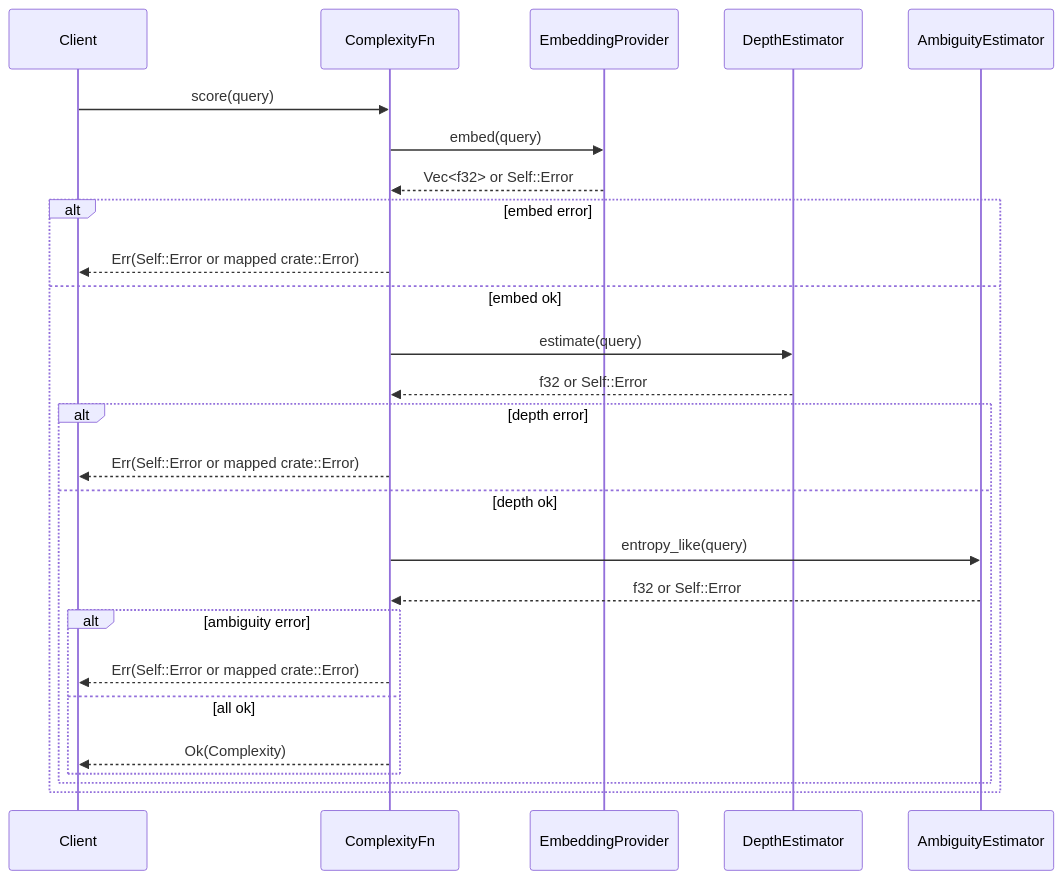
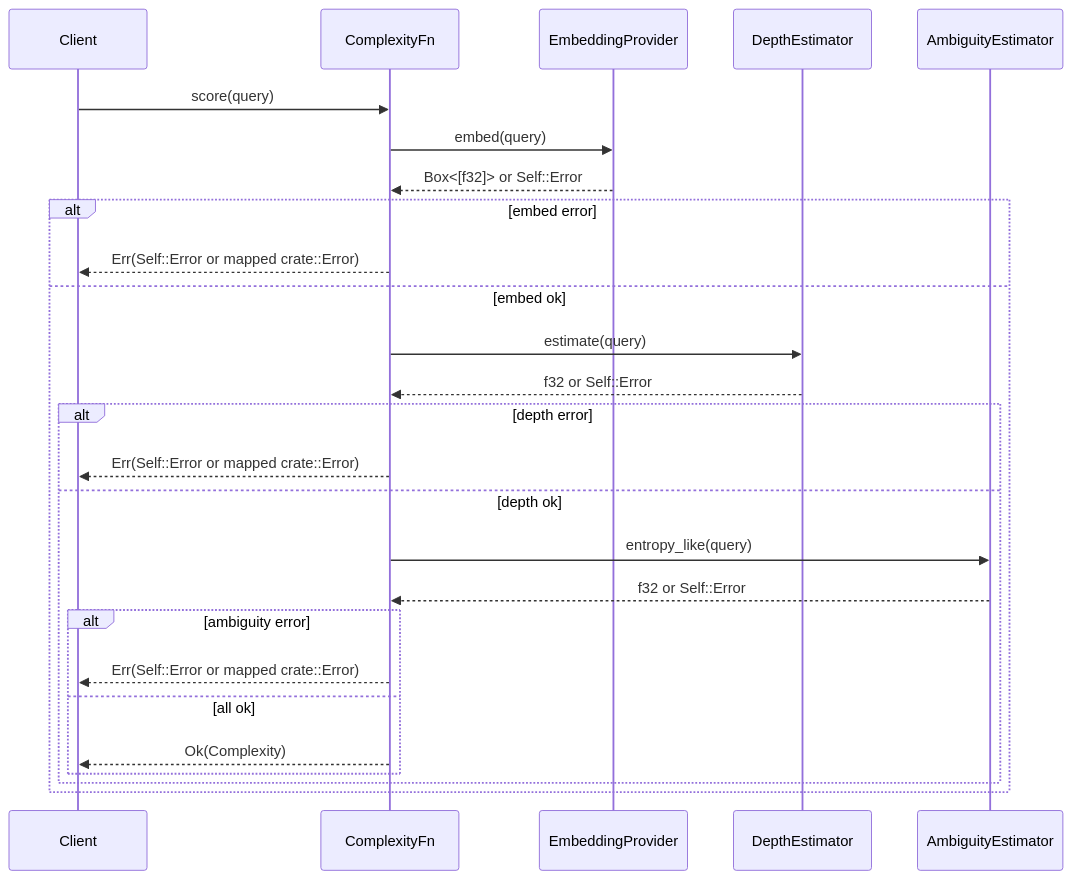
One commit to leynos/lag-complexity changed the diagram in docs/lag-complexity-function-design.md. Above: the diagram before and after it, drawn with Mermaid. The commit also changed other lines of this file and 5 other files, not shown here.

````diff
--- a/docs/lag-complexity-function-design.md
+++ b/docs/lag-complexity-function-design.md
@@ -192,29 +190,29 @@
 ```mermaid
 sequenceDiagram
   participant Client
   participant ComplexityFn
   participant EmbeddingProvider
   participant DepthEstimator
   participant AmbiguityEstimator
 
   Client->>ComplexityFn: score(query)
   ComplexityFn->>EmbeddingProvider: embed(query)
-  EmbeddingProvider-->>ComplexityFn: Vec<f32> or Self::Error
+  EmbeddingProvider-->>ComplexityFn: Box<[f32]> or Self::Error
   alt embed error
     ComplexityFn-->>Client: Err(Self::Error or mapped crate::Error)
   else embed ok
     ComplexityFn->>DepthEstimator: estimate(query)
     DepthEstimator-->>ComplexityFn: f32 or Self::Error
     alt depth error
       ComplexityFn-->>Client: Err(Self::Error or mapped crate::Error)
     else depth ok
       ComplexityFn->>AmbiguityEstimator: entropy_like(query)
       AmbiguityEstimator-->>ComplexityFn: f32 or Self::Error
       alt ambiguity error
         ComplexityFn-->>Client: Err(Self::Error or mapped crate::Error)
       else all ok
         ComplexityFn-->>Client: Ok(Complexity)
       end
     end
   end
 ```
````
